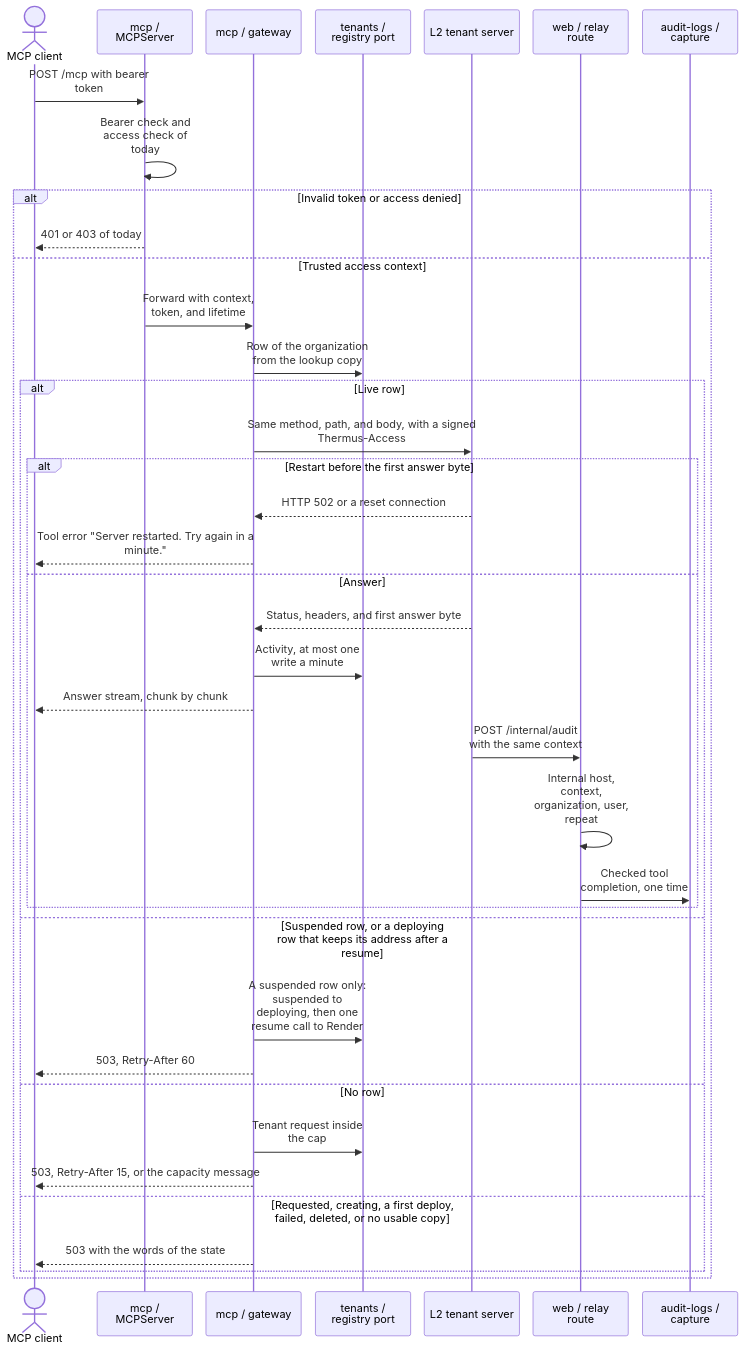
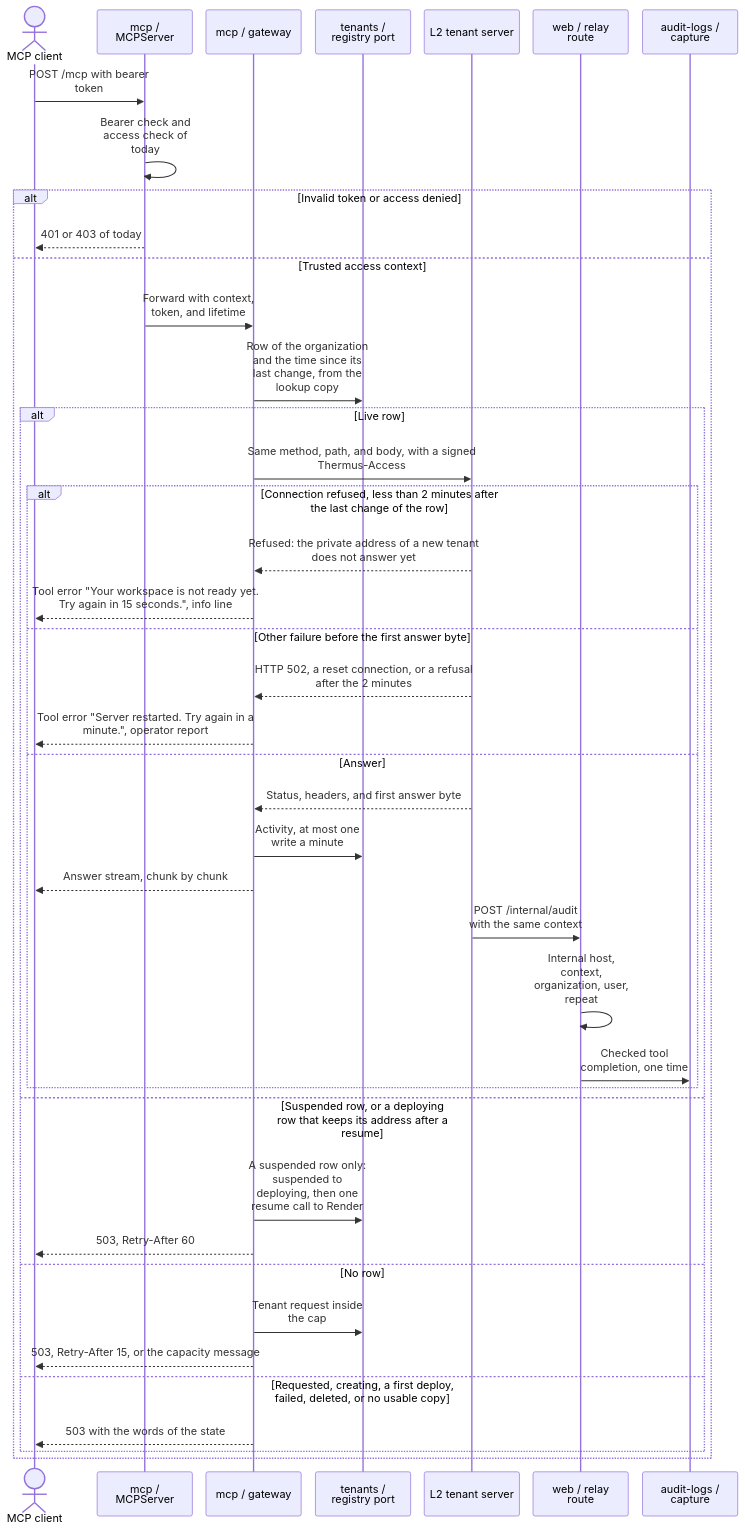
Diagram 15 of 24 in architecture/components.md (tomer-mayara/Thermus), drawn with Mermaid before and after one commit. The commit also changed other lines of this file and 40 other files, not shown here.

First line of the commit message:
Tell the cold start of a new tenant from a restart in the MCP gateway (#307)

````diff
--- a/architecture/components.md
+++ b/architecture/components.md
@@ -1350,41 +1356,44 @@
 ```mermaid
 %%{init: {"sequence": {"wrap": true, "actorMargin": 20, "width": 140}}}%%
 sequenceDiagram
   actor Client as MCP client
   participant MCP as mcp / MCPServer
   participant Gateway as mcp / gateway
   participant Registry as tenants / registry port
   participant Tenant as L2 tenant server
   participant Relay as web / relay route
   participant Audit as audit-logs / capture
   Client->>MCP: POST /mcp with bearer token
   MCP->>MCP: Bearer check and access check of today
   alt Invalid token or access denied
     MCP-->>Client: 401 or 403 of today
   else Trusted access context
     MCP->>Gateway: Forward with context, token, and lifetime
-    Gateway->>Registry: Row of the organization from the lookup copy
+    Gateway->>Registry: Row of the organization and the time since its last change, from the lookup copy
     alt Live row
       Gateway->>Tenant: Same method, path, and body, with a signed Thermus-Access
-      alt Restart before the first answer byte
-        Tenant-->>Gateway: HTTP 502 or a reset connection
-        Gateway-->>Client: Tool error "Server restarted. Try again in a minute."
+      alt Connection refused, less than 2 minutes after the last change of the row
+        Tenant-->>Gateway: Refused: the private address of a new tenant does not answer yet
+        Gateway-->>Client: Tool error "Your workspace is not ready yet. Try again in 15 seconds.", info line
+      else Other failure before the first answer byte
+        Tenant-->>Gateway: HTTP 502, a reset connection, or a refusal after the 2 minutes
+        Gateway-->>Client: Tool error "Server restarted. Try again in a minute.", operator report
       else Answer
         Tenant-->>Gateway: Status, headers, and first answer byte
         Gateway->>Registry: Activity, at most one write a minute
         Gateway-->>Client: Answer stream, chunk by chunk
         Tenant->>Relay: POST /internal/audit with the same context
         Relay->>Relay: Internal host, context, organization, user, repeat
         Relay->>Audit: Checked tool completion, one time
       end
     else Suspended row, or a deploying row that keeps its address after a resume
       Gateway->>Registry: A suspended row only: suspended to deploying, then one resume call to Render
       Gateway-->>Client: 503, Retry-After 60
     else No row
       Gateway->>Registry: Tenant request inside the cap
       Gateway-->>Client: 503, Retry-After 15, or the capacity message
     else Requested, creating, a first deploy, failed, deleted, or no usable copy
       Gateway-->>Client: 503 with the words of the state
     end
   end
 ```
````
